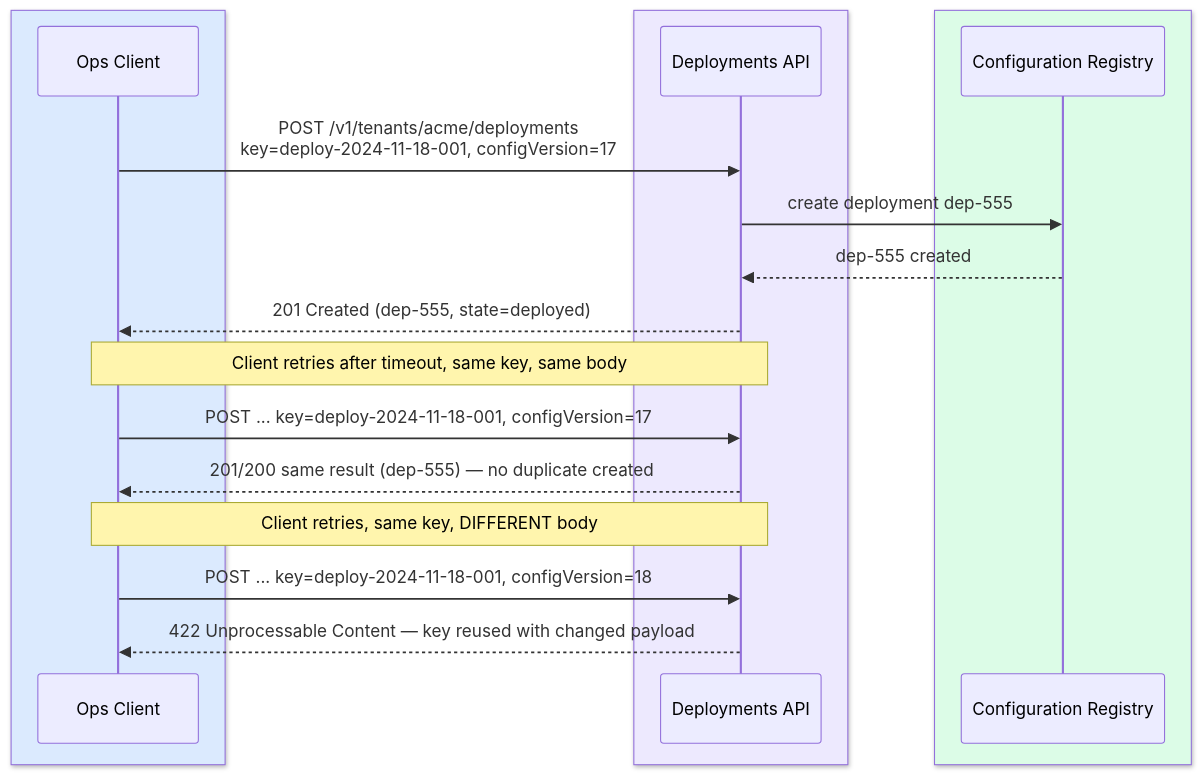
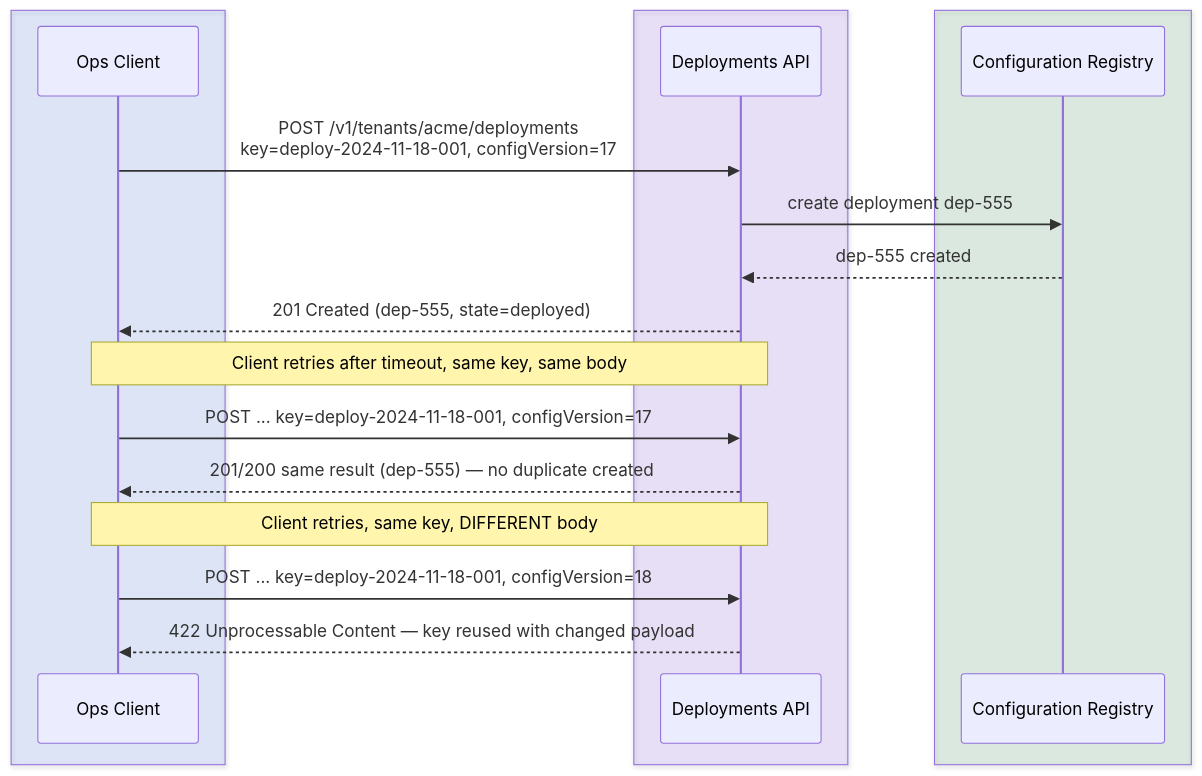
One commit to Sourav692/Forward-Deployed-Engineer-Interview-Prep changed the first of 2 diagrams in site/content/modules/15-fde-case-studies/standalone-designs/configurable-platform-customer-workflows/tutorial-v2-part-3.md. Above: the diagram before and after it, drawn with Mermaid. The commit also changed 49 other files, not shown here.

Commit message:
fix: preserve sequence diagram contrast in both themes

````diff
--- a/site/content/modules/15-fde-case-studies/standalone-designs/configurable-platform-customer-workflows/tutorial-v2-part-3.md
+++ b/site/content/modules/15-fde-case-studies/standalone-designs/configurable-platform-customer-workflows/tutorial-v2-part-3.md
@@ -58,25 +58,25 @@
 ```mermaid
 sequenceDiagram
-  box rgb(219,234,254)
+  box rgba(37,99,235,0.12)
       participant Client as Ops Client
   end
-  box rgb(237,233,254)
+  box rgba(124,58,237,0.12)
       participant API as Deployments API
   end
-  box rgb(220,252,231)
+  box rgba(21,128,61,0.12)
       participant Registry as Configuration Registry
   end
 
   Client->>API: POST /v1/tenants/acme/deployments<br/>key=deploy-2024-11-18-001, configVersion=17
   API->>Registry: create deployment dep-555
   Registry-->>API: dep-555 created
   API-->>Client: 201 Created (dep-555, state=deployed)
 
   Note over Client,API: Client retries after timeout, same key, same body
   Client->>API: POST ... key=deploy-2024-11-18-001, configVersion=17
   API-->>Client: 201/200 same result (dep-555) — no duplicate created
 
   Note over Client,API: Client retries, same key, DIFFERENT body
   Client->>API: POST ... key=deploy-2024-11-18-001, configVersion=18
   API-->>Client: 422 Unprocessable Content — key reused with changed payload
 ```
````
